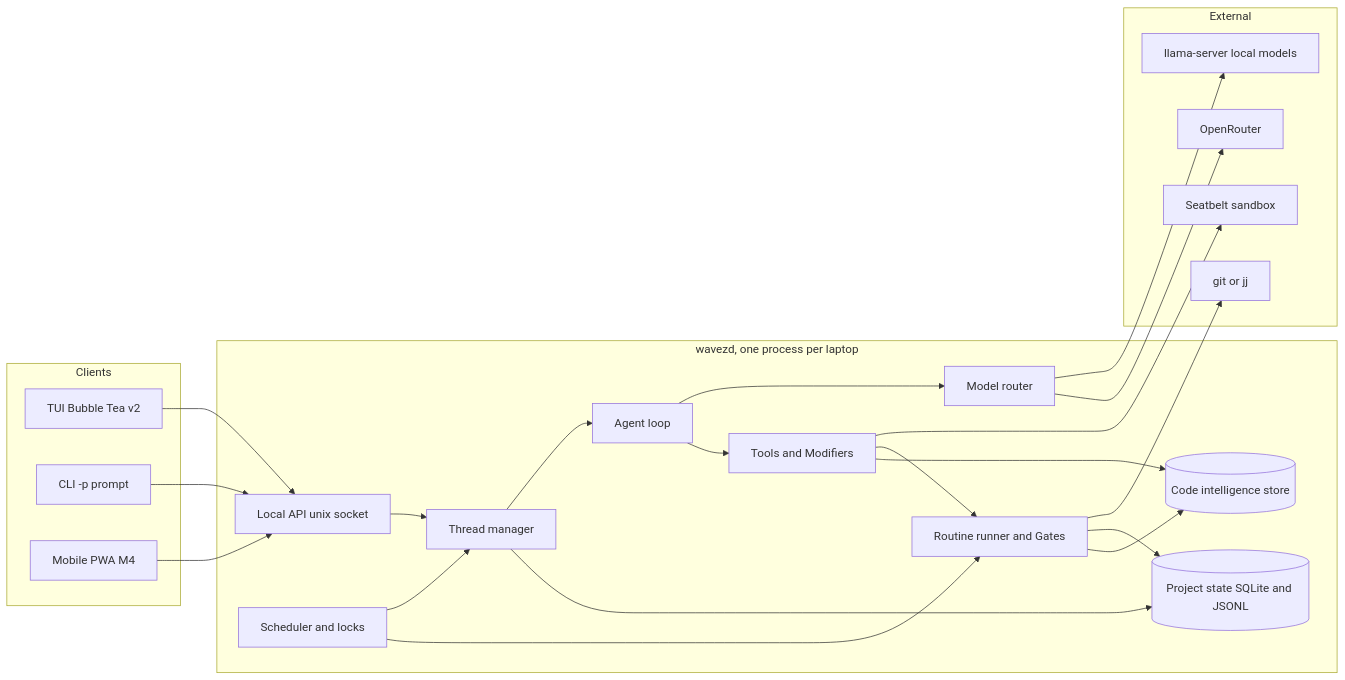
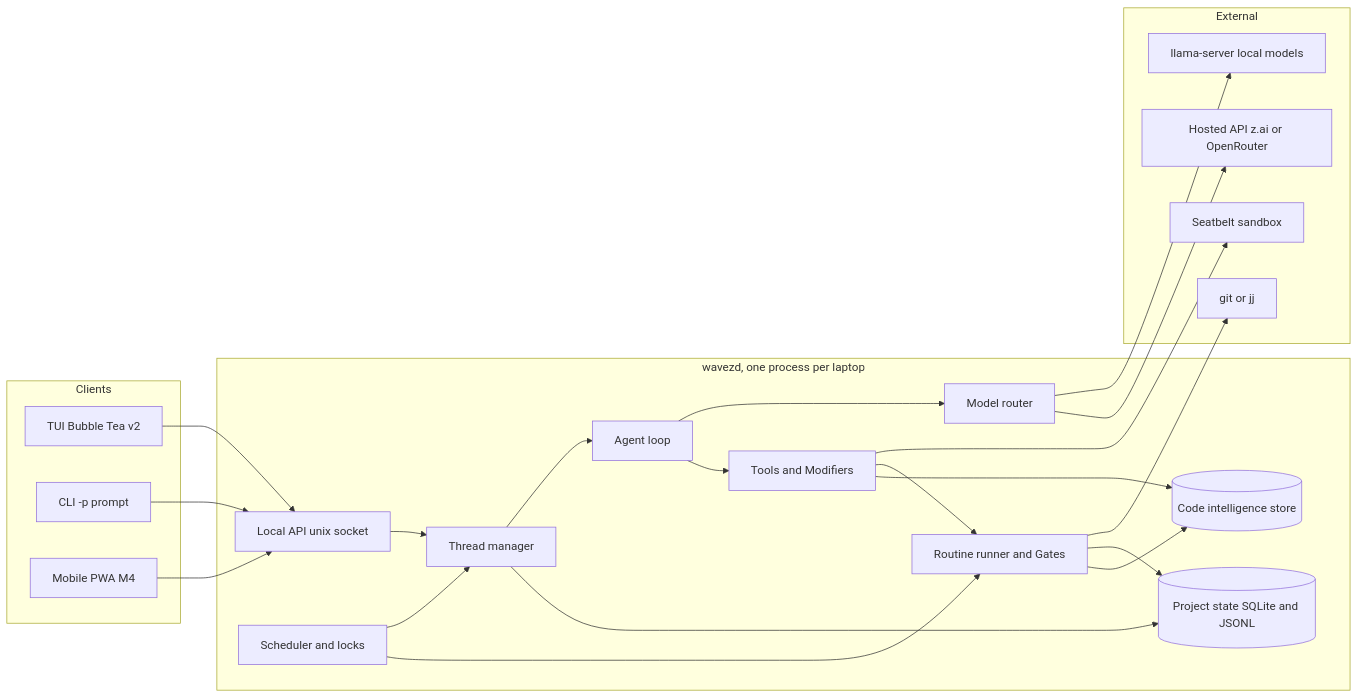
The first of 2 diagrams in DESIGN.md (KyleKing/wavez), drawn with Mermaid before and after one commit. The commit also changed other lines of this file and 9 other files, not shown here.

Commit message:
feat(llm): serve the network tiers from z.ai instead of OpenRouter

````diff
--- a/DESIGN.md
+++ b/DESIGN.md
@@ -69,43 +69,43 @@
 ```mermaid
 flowchart LR
     subgraph clients [Clients]
         TUI[TUI Bubble Tea v2]
         CLI[CLI -p prompt]
         PWA[Mobile PWA M4]
     end
     subgraph core [wavezd, one process per laptop]
         API[Local API unix socket]
         Threads[Thread manager]
         Sched[Scheduler and locks]
         Loop[Agent loop]
         Router[Model router]
         Tools[Tools and Modifiers]
         Routines[Routine runner and Gates]
         Store[(Project state SQLite and JSONL)]
         Code[(Code intelligence store)]
     end
     subgraph external [External]
         Local[llama-server local models]
-        OR[OpenRouter]
+        Hosted[Hosted API z.ai or OpenRouter]
         Sandbox[Seatbelt sandbox]
         VCS[git or jj]
     end
     TUI --> API
     CLI --> API
     PWA --> API
     API --> Threads
     Threads --> Loop
     Loop --> Router
     Router --> Local
-    Router --> OR
+    Router --> Hosted
     Loop --> Tools
     Tools --> Sandbox
     Tools --> Routines
     Sched --> Threads
     Sched --> Routines
     Routines --> VCS
     Threads --> Store
     Routines --> Store
     Tools --> Code
     Routines --> Code
 ```
````
